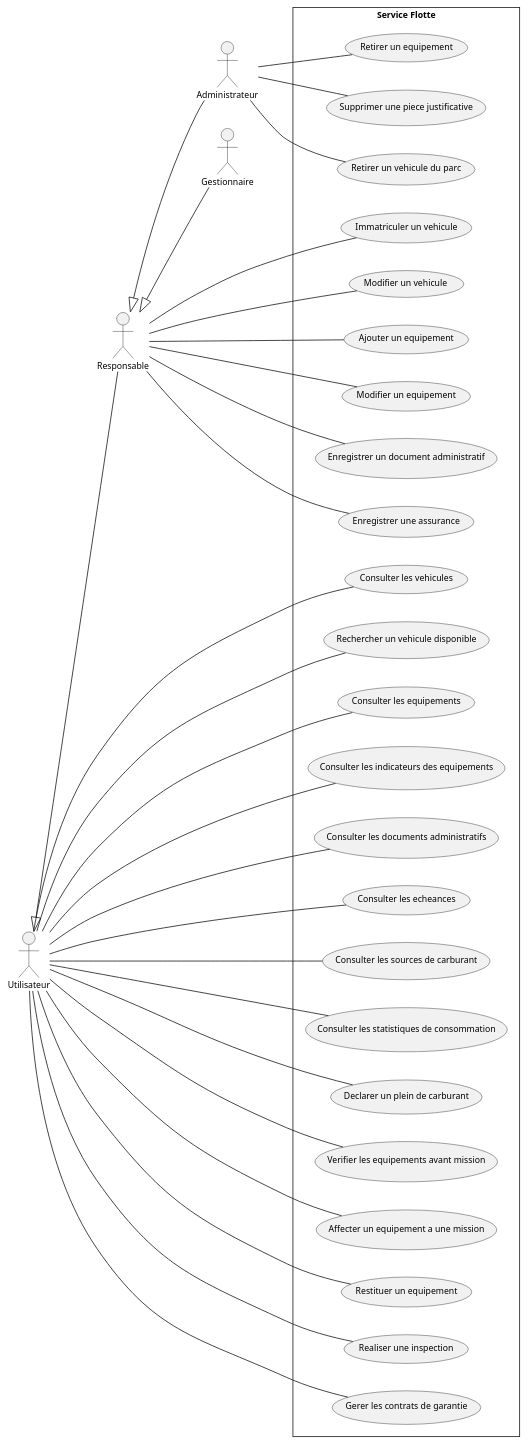
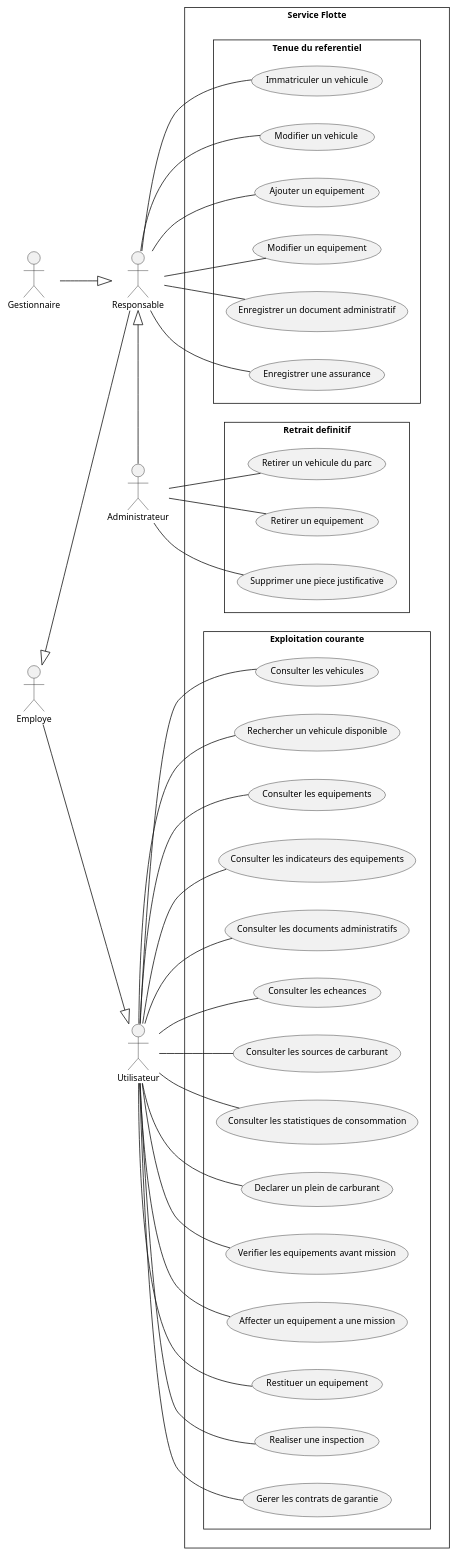
The diagram in docs/diagrams/microservices/Fleet/Fleet-usecase.puml (saber-barhoumi/Xpark-gmao), drawn with PlantUML before and after one commit. The commit also changed 12 other files, not shown here.

```diff
--- a/docs/diagrams/microservices/Fleet/Fleet-usecase.puml
+++ b/docs/diagrams/microservices/Fleet/Fleet-usecase.puml
@@ -1,72 +1,82 @@
 @startuml
 skinparam style strictuml
 skinparam packageStyle rectangle
 skinparam shadowing false
 skinparam defaultFontName Verdana
 skinparam defaultFontSize 11
 skinparam backgroundColor #FFFFFF
 left to right direction
 
-' Acteurs principaux, empiles a gauche du plus general au plus specialise
+' Acteurs, alignes a gauche : les porteurs d'associations sont
+' accoles a la frontiere, les acteurs structurels a leur gauche
 actor "Utilisateur" as Utilisateur
+actor "Employe" as Employe
 actor "Responsable" as Responsable
 actor "Administrateur" as Administrateur
 actor "Gestionnaire" as Gestionnaire
 
 ' Generalisation : triangle creux, de l'enfant vers le parent
-Administrateur -up-|> Responsable
-Gestionnaire -up-|> Responsable
-Responsable -up-|> Utilisateur
+Employe -down-|> Utilisateur
+Responsable -up-|> Employe
+Administrateur -left-|> Responsable
+Gestionnaire -down-|> Responsable
 
 rectangle "Service Flotte" {
-  usecase "Consulter les vehicules" as UC_Consulter_les_vehicules
-  usecase "Rechercher un vehicule disponible" as UC_Rechercher_un_vehicule_disponible
-  usecase "Consulter les equipements" as UC_Consulter_les_equipements
-  usecase "Consulter les indicateurs des equipements" as UC_Consulter_les_indicateurs_des_equi
-  usecase "Consulter les documents administratifs" as UC_Consulter_les_documents_administra
-  usecase "Consulter les echeances" as UC_Consulter_les_echeances
-  usecase "Consulter les sources de carburant" as UC_Consulter_les_sources_de_carburant
-  usecase "Consulter les statistiques de consommation" as UC_Consulter_les_statistiques_de_cons
-  usecase "Declarer un plein de carburant" as UC_Declarer_un_plein_de_carburant
-  usecase "Verifier les equipements avant mission" as UC_Verifier_les_equipements_avant_mis
-  usecase "Affecter un equipement a une mission" as UC_Affecter_un_equipement_a_une_missi
-  usecase "Restituer un equipement" as UC_Restituer_un_equipement
-  usecase "Realiser une inspection" as UC_Realiser_une_inspection
-  usecase "Gerer les contrats de garantie" as UC_Gerer_les_contrats_de_garantie
-  usecase "Immatriculer un vehicule" as UC_Immatriculer_un_vehicule
-  usecase "Modifier un vehicule" as UC_Modifier_un_vehicule
-  usecase "Ajouter un equipement" as UC_Ajouter_un_equipement
-  usecase "Modifier un equipement" as UC_Modifier_un_equipement
-  usecase "Enregistrer un document administratif" as UC_Enregistrer_un_document_administra
-  usecase "Enregistrer une assurance" as UC_Enregistrer_une_assurance
-  usecase "Retirer un vehicule du parc" as UC_Retirer_un_vehicule_du_parc
-  usecase "Retirer un equipement" as UC_Retirer_un_equipement
-  usecase "Supprimer une piece justificative" as UC_Supprimer_une_piece_justificative
+  package "Exploitation courante" {
+    usecase "Consulter les vehicules" as UC_Consulter_les_vehicules
+    usecase "Rechercher un vehicule disponible" as UC_Rechercher_un_vehicule_disponible
+    usecase "Consulter les equipements" as UC_Consulter_les_equipements
+    usecase "Consulter les indicateurs des equipements" as UC_Consulter_les_indicateurs_des_equi
+    usecase "Consulter les documents administratifs" as UC_Consulter_les_documents_administra
+    usecase "Consulter les echeances" as UC_Consulter_les_echeances
+    usecase "Consulter les sources de carburant" as UC_Consulter_les_sources_de_carburant
+    usecase "Consulter les statistiques de consommation" as UC_Consulter_les_statistiques_de_cons
+    usecase "Declarer un plein de carburant" as UC_Declarer_un_plein_de_carburant
+    usecase "Verifier les equipements avant mission" as UC_Verifier_les_equipements_avant_mis
+    usecase "Affecter un equipement a une mission" as UC_Affecter_un_equipement_a_une_missi
+    usecase "Restituer un equipement" as UC_Restituer_un_equipement
+    usecase "Realiser une inspection" as UC_Realiser_une_inspection
+    usecase "Gerer les contrats de garantie" as UC_Gerer_les_contrats_de_garantie
+  }
+  package "Tenue du referentiel" {
+    usecase "Immatriculer un vehicule" as UC_Immatriculer_un_vehicule
+    usecase "Modifier un vehicule" as UC_Modifier_un_vehicule
+    usecase "Ajouter un equipement" as UC_Ajouter_un_equipement
+    usecase "Modifier un equipement" as UC_Modifier_un_equipement
+    usecase "Enregistrer un document administratif" as UC_Enregistrer_un_document_administra
+    usecase "Enregistrer une assurance" as UC_Enregistrer_une_assurance
+  }
+  package "Retrait definitif" {
+    usecase "Retirer un vehicule du parc" as UC_Retirer_un_vehicule_du_parc
+    usecase "Retirer un equipement" as UC_Retirer_un_equipement
+    usecase "Supprimer une piece justificative" as UC_Supprimer_une_piece_justificative
+  }
 }
 
 ' Associations : trait continu sans fleche (relation d'association)
 Utilisateur -- UC_Consulter_les_vehicules
 Utilisateur -- UC_Rechercher_un_vehicule_disponible
 Utilisateur -- UC_Consulter_les_equipements
 Utilisateur -- UC_Consulter_les_indicateurs_des_equi
 Utilisateur -- UC_Consulter_les_documents_administra
 Utilisateur -- UC_Consulter_les_echeances
 Utilisateur -- UC_Consulter_les_sources_de_carburant
 Utilisateur -- UC_Consulter_les_statistiques_de_cons
 Utilisateur -- UC_Declarer_un_plein_de_carburant
 Utilisateur -- UC_Verifier_les_equipements_avant_mis
 Utilisateur -- UC_Affecter_un_equipement_a_une_missi
 Utilisateur -- UC_Restituer_un_equipement
 Utilisateur -- UC_Realiser_une_inspection
 Utilisateur -- UC_Gerer_les_contrats_de_garantie
 Responsable -- UC_Immatriculer_un_vehicule
 Responsable -- UC_Modifier_un_vehicule
 Responsable -- UC_Ajouter_un_equipement
 Responsable -- UC_Modifier_un_equipement
 Responsable -- UC_Enregistrer_un_document_administra
 Responsable -- UC_Enregistrer_une_assurance
 Administrateur -- UC_Retirer_un_vehicule_du_parc
 Administrateur -- UC_Retirer_un_equipement
 Administrateur -- UC_Supprimer_une_piece_justificative
 
+
 @enduml
```
